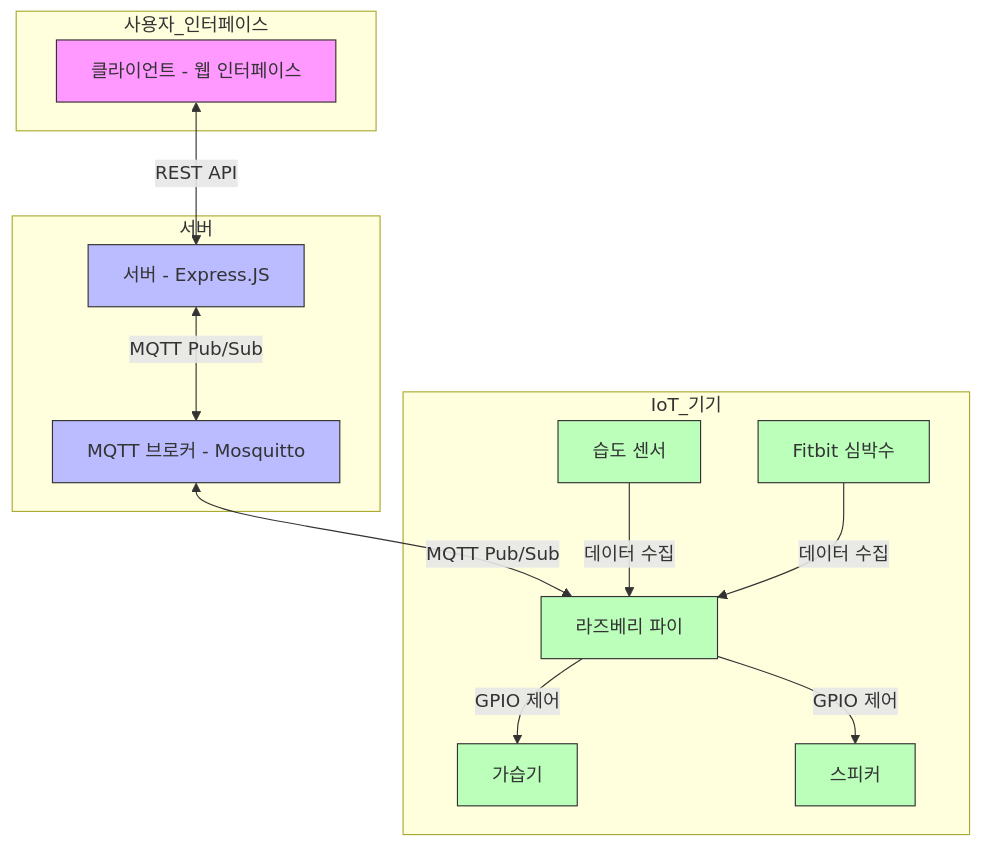
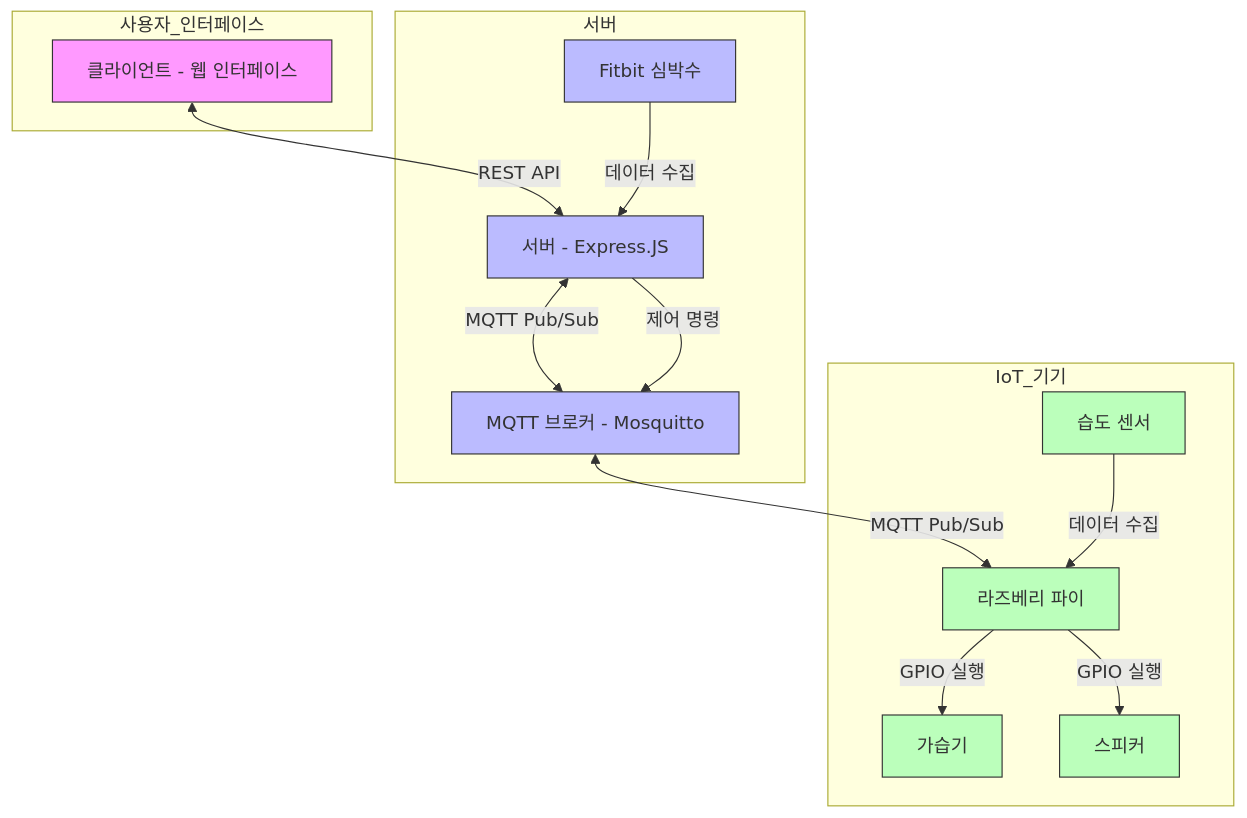
Before and after one commit to cloudIOTKU5/deepsleep: the diagram in ARCHITECTURE.md, drawn with Mermaid. The commit also changed other lines of this file and 1 other file, not shown here.

````diff
--- a/ARCHITECTURE.md
+++ b/ARCHITECTURE.md
@@ -11,36 +9,37 @@
 ```mermaid
 graph TD
     subgraph 사용자_인터페이스
         A[클라이언트 - 웹 인터페이스]
     end
 
     subgraph 서버
         B[서버 - Express.JS]
         C[MQTT 브로커 - Mosquitto]
+        F[Fitbit 심박수]
     end
 
     subgraph IoT_기기
         D[라즈베리 파이]
         E[습도 센서]
-        F[Fitbit 심박수]
         G[가습기]
         H[스피커]
     end
 
     A <-->|REST API| B
     B <-->|MQTT Pub/Sub| C
     C <-->|MQTT Pub/Sub| D
-    D -->|GPIO 제어| G
-    D -->|GPIO 제어| H
+    B -->|제어 명령| C
+    D -->|GPIO 실행| G
+    D -->|GPIO 실행| H
     E -->|데이터 수집| D
-    F -->|데이터 수집| D
+    F -->|데이터 수집| B
 
     %% 데이터 흐름 설명
     classDef client fill:#f9f,stroke:#333,stroke-width:1px
     classDef server fill:#bbf,stroke:#333,stroke-width:1px
     classDef iot fill:#bfb,stroke:#333,stroke-width:1px
 
     class A client
-    class B,C server
-    class D,E,F,G,H iot
+    class B,C,F server
+    class D,E,G,H iot
 ```
````
